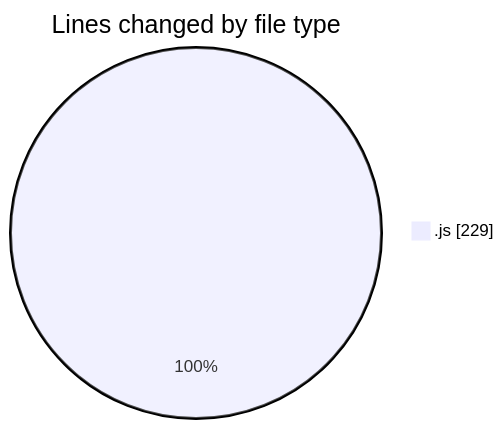
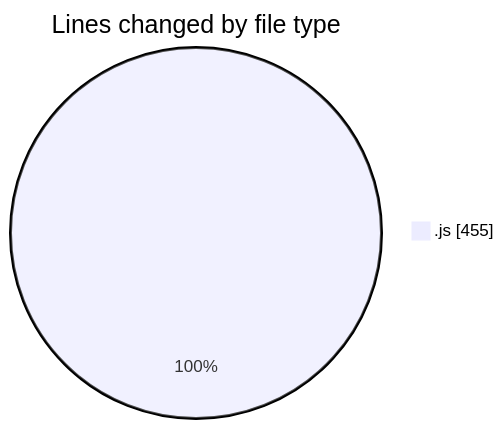
Before and after one commit to nxtqubesakshisongat/code-tracking: the first of 2 diagrams in 2025-04-15/nxtqube_webapp/README.md, drawn with Mermaid. The commit also changed other lines of this file and 1 other file, not shown here.

````diff
--- a/2025-04-15/nxtqube_webapp/README.md
+++ b/2025-04-15/nxtqube_webapp/README.md
@@ -20,5 +20,5 @@
 ```mermaid
 pie showData
 title Lines changed by file type
-".js" : 229
+".js" : 455
 ```
````
